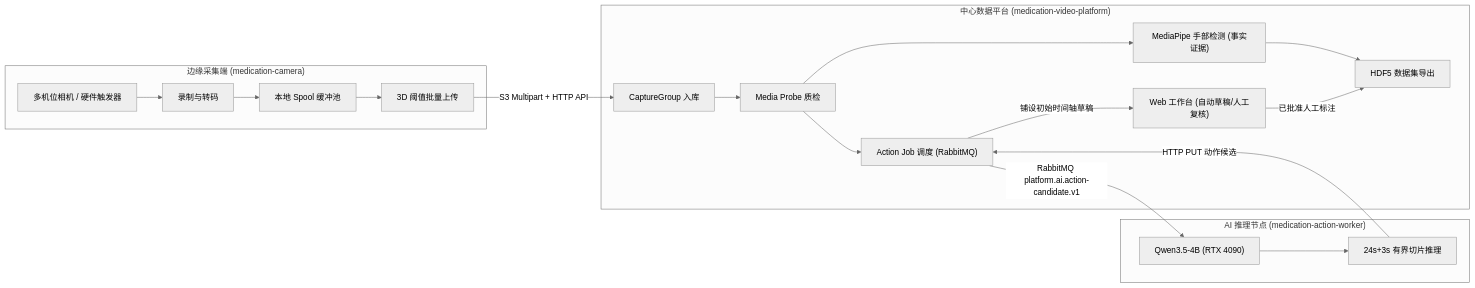
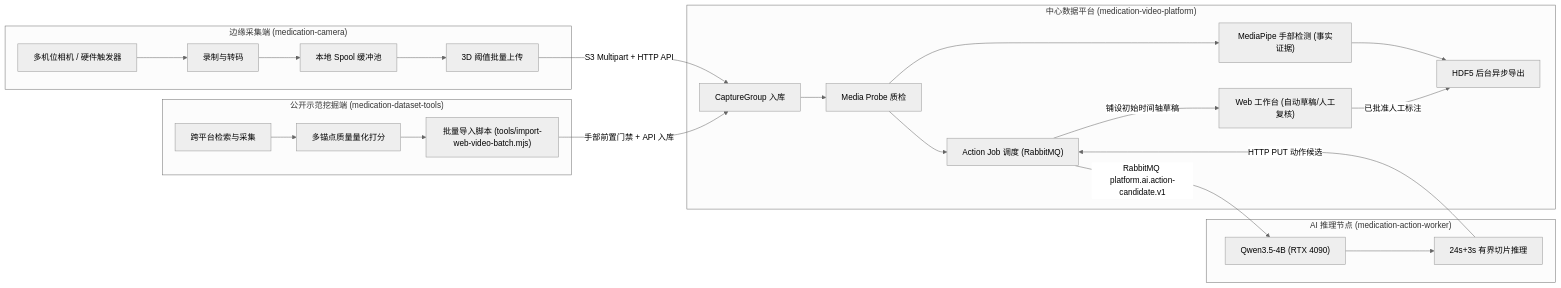
One commit to Soberis/medication-video-platform changed the diagram in README.md. Above: the diagram before and after it, drawn with Mermaid (neutral theme). The commit also changed other lines of this file, not shown here.

Commit message:
docs: sync V1.36 baseline, dataset-tools ecosystem and project directories

````diff
--- a/README.md
+++ b/README.md
@@ -19,33 +20,39 @@
 ```mermaid
 flowchart LR
     subgraph Edge["边缘采集端 (medication-camera)"]
         CAM["多机位相机 / 硬件触发器"] --> REC["录制与转码"]
         REC --> SPOOL["本地 Spool 缓冲池"]
         SPOOL --> UPL["3D 阈值批量上传"]
     end
 
+    subgraph Harvester["公开示范挖掘端 (medication-dataset-tools)"]
+        HARV["跨平台检索与采集"] --> QUANT["多锚点质量量化打分"]
+        QUANT --> BATCH_IMP["批量导入脚本 (tools/import-web-video-batch.mjs)"]
+    end
+
     subgraph Platform["中心数据平台 (medication-video-platform)"]
         INGEST["CaptureGroup 入库"]
         PROBE["Media Probe 质检"]
         MP["MediaPipe 手部检测 (事实证据)"]
         SCHED["Action Job 调度 (RabbitMQ)"]
         UI["Web 工作台 (自动草稿/人工复核)"]
-        EXP["HDF5 数据集导出"]
+        EXP["HDF5 后台异步导出"]
     end
 
     subgraph GPU["AI 推理节点 (medication-action-worker)"]
         QWEN["Qwen3.5-4B (RTX 4090)"]
         CHUNK["24s+3s 有界切片推理"]
     end
 
     UPL -->|S3 Multipart + HTTP API| INGEST
+    BATCH_IMP -->|手部前置门禁 + API 入库| INGEST
     INGEST --> PROBE
     PROBE --> MP
     PROBE --> SCHED
     SCHED -->|RabbitMQ platform.ai.action-candidate.v1| QWEN
     QWEN --> CHUNK
     CHUNK -->|HTTP PUT 动作候选| SCHED
     SCHED -->|铺设初始时间轴草稿| UI
     MP --> EXP
     UI -->|已批准人工标注| EXP
 ```
````
